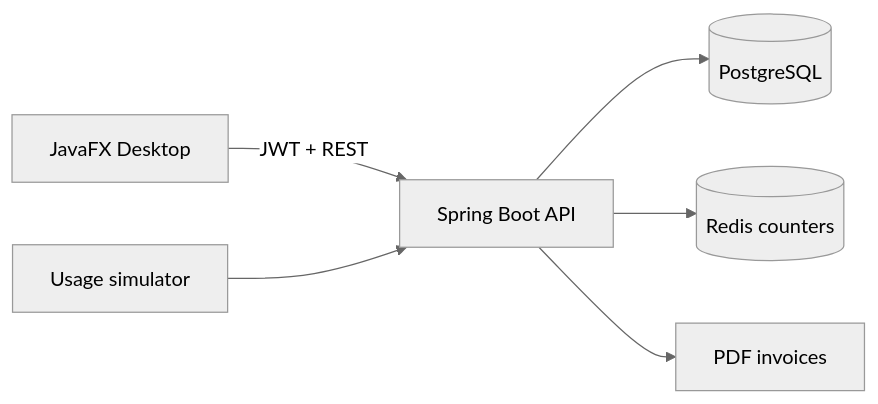
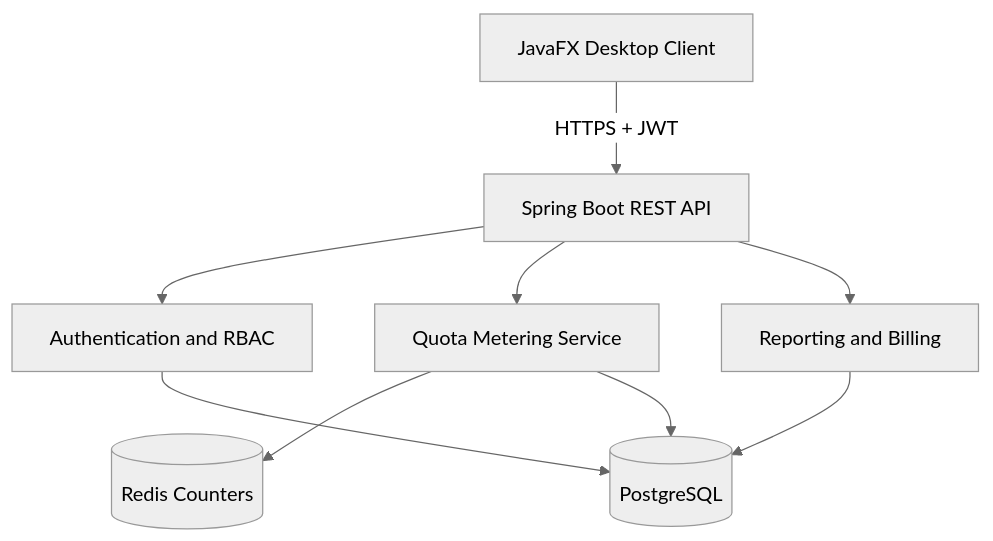
One commit to Tejashribambal19/quota-flow changed the diagram in README.md. Above: the diagram before and after it, drawn with Mermaid (neutral theme). The commit also changed other lines of this file, not shown here.

````diff
--- a/README.md
+++ b/README.md
@@ -27,8 +31,11 @@
 ```mermaid
-flowchart LR
-    UI[JavaFX Desktop] -->|JWT + REST| API[Spring Boot API]
-    API --> PG[(PostgreSQL)]
-    API --> Redis[(Redis counters)]
-    API --> PDF[PDF invoices]
-    SIM[Usage simulator] --> API
+flowchart TD
+    UI[JavaFX Desktop Client] -->|HTTPS + JWT| API[Spring Boot REST API]
+    API --> AUTH[Authentication and RBAC]
+    API --> METER[Quota Metering Service]
+    API --> REPORT[Reporting and Billing]
+    METER --> REDIS[(Redis Counters)]
+    METER --> DB[(PostgreSQL)]
+    AUTH --> DB
+    REPORT --> DB
 ```
````
